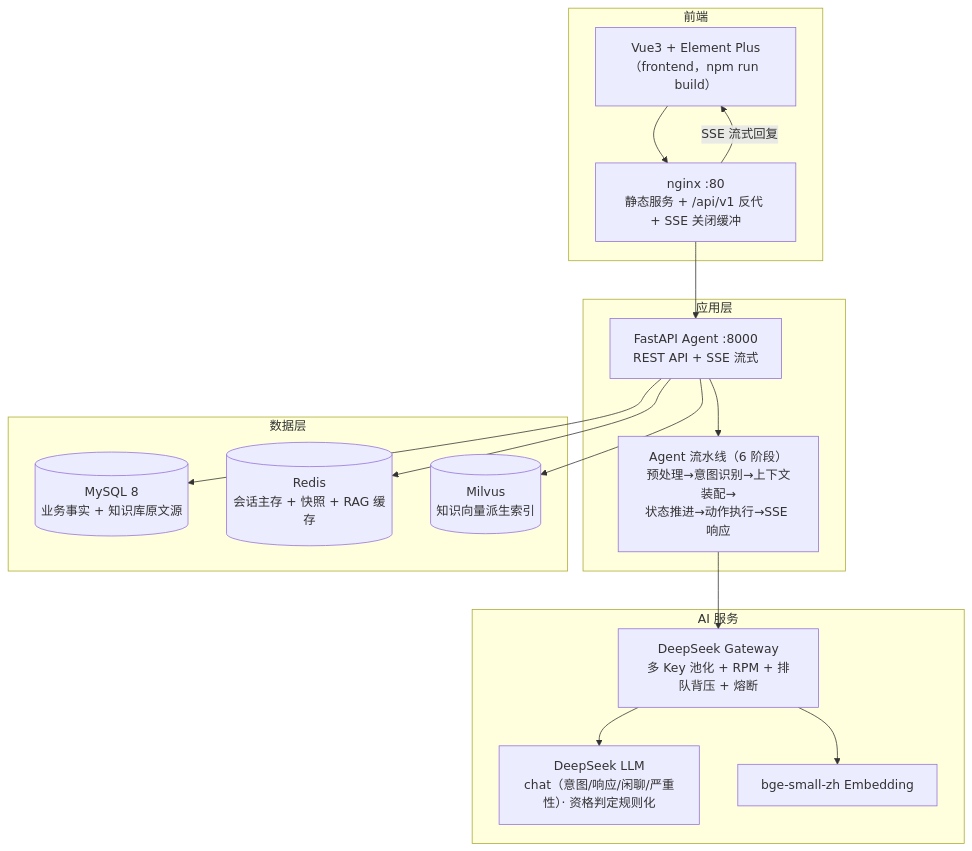
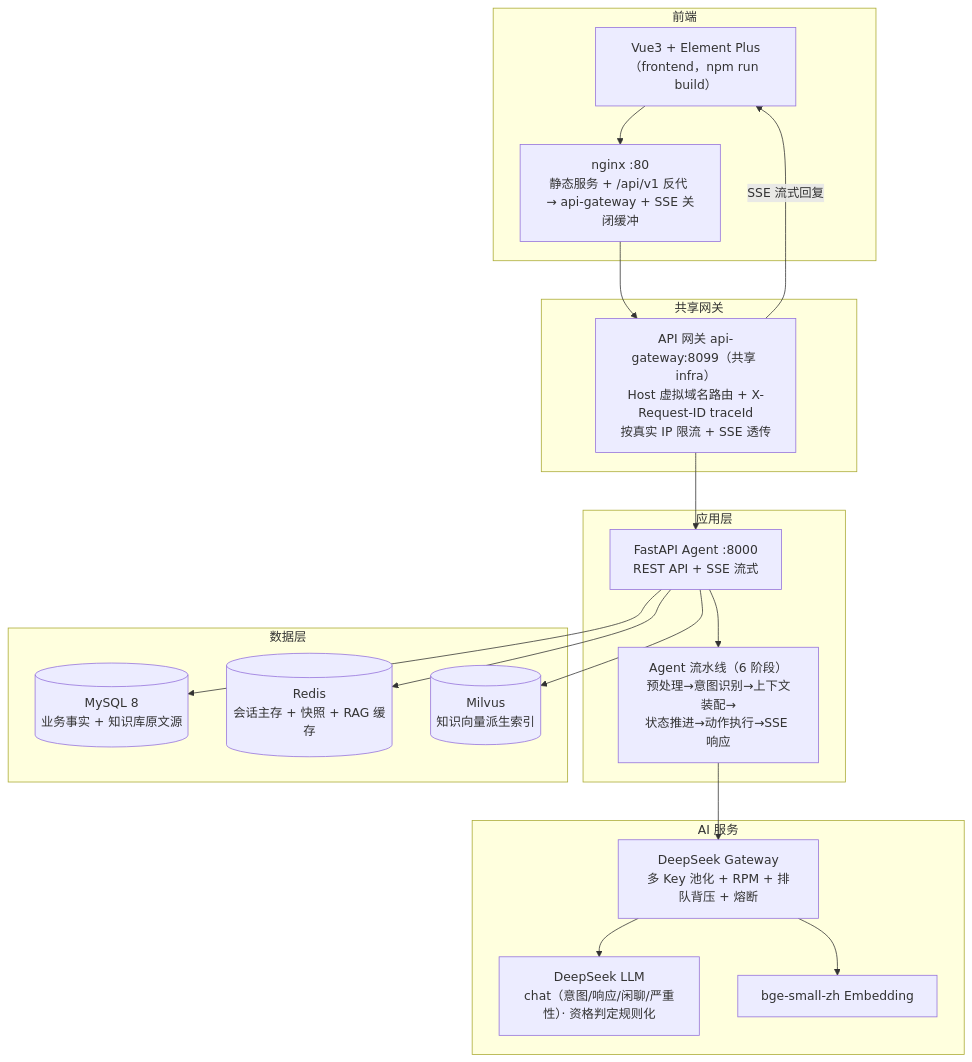
Before and after one commit to zhanggy1984/customer-service: the diagram in README.md, drawn with Mermaid. The commit also changed other lines of this file and 18 other files, not shown here.

First line of the commit message:
feat(gateway): 接入统一 API 网关 + thinking 参数化 + 思考/来源折叠展示

````diff
--- a/README.md
+++ b/README.md
@@ -54,32 +54,36 @@
 ```mermaid
 graph TB
     subgraph 前端
         WEB["Vue3 + Element Plus<br/>（frontend，npm run build）"]
-        NGINX["nginx :80<br/>静态服务 + /api/v1 反代 + SSE 关闭缓冲"]
+        NGINX["nginx :80<br/>静态服务 + /api/v1 反代 → api-gateway + SSE 关闭缓冲"]
+    end
+    subgraph 共享网关
+        GATEWAY["API 网关 api-gateway:8099（共享 infra）<br/>Host 虚拟域名路由 + X-Request-ID traceId<br/>按真实 IP 限流 + SSE 透传"]
     end
     subgraph 应用层
         API["FastAPI Agent :8000<br/>REST API + SSE 流式"]
         PIPELINE["Agent 流水线（6 阶段）<br/>预处理→意图识别→上下文装配→<br/>状态推进→动作执行→SSE 响应"]
     end
     subgraph AI 服务
         GW["DeepSeek Gateway<br/>多 Key 池化 + RPM + 排队背压 + 熔断"]
         DS["DeepSeek LLM<br/>chat（意图/响应/闲聊/严重性）· 资格判定规则化"]
         BGE["bge-small-zh Embedding"]
     end
     subgraph 数据层
         MYSQL[(MySQL 8<br/>业务事实 + 知识库原文源)]
         REDIS[(Redis<br/>会话主存 + 快照 + RAG 缓存)]
         MILVUS[(Milvus<br/>知识向量派生索引)]
     end
 
     WEB --> NGINX
-    NGINX --> API
-    NGINX -- SSE 流式回复 --> WEB
+    NGINX --> GATEWAY
+    GATEWAY --> API
+    GATEWAY -- SSE 流式回复 --> WEB
     API --> PIPELINE
     PIPELINE --> GW
     GW --> DS
     GW --> BGE
     API --> MYSQL
     API --> REDIS
     API --> MILVUS
 ```
````
